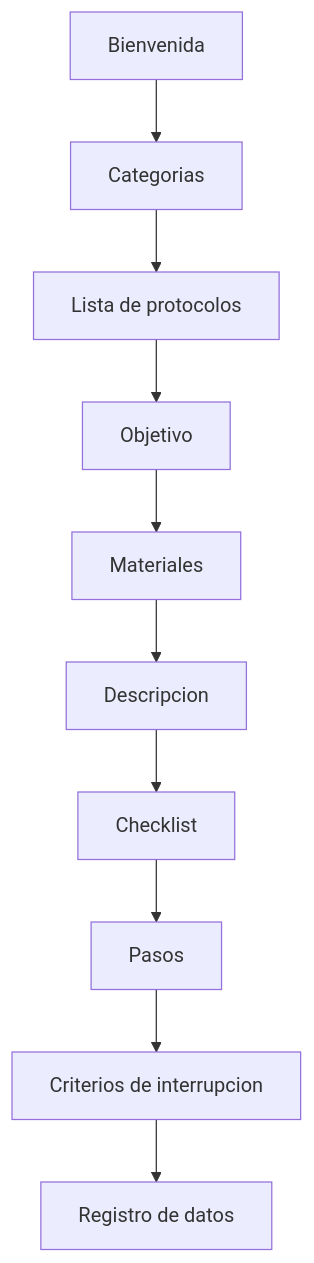
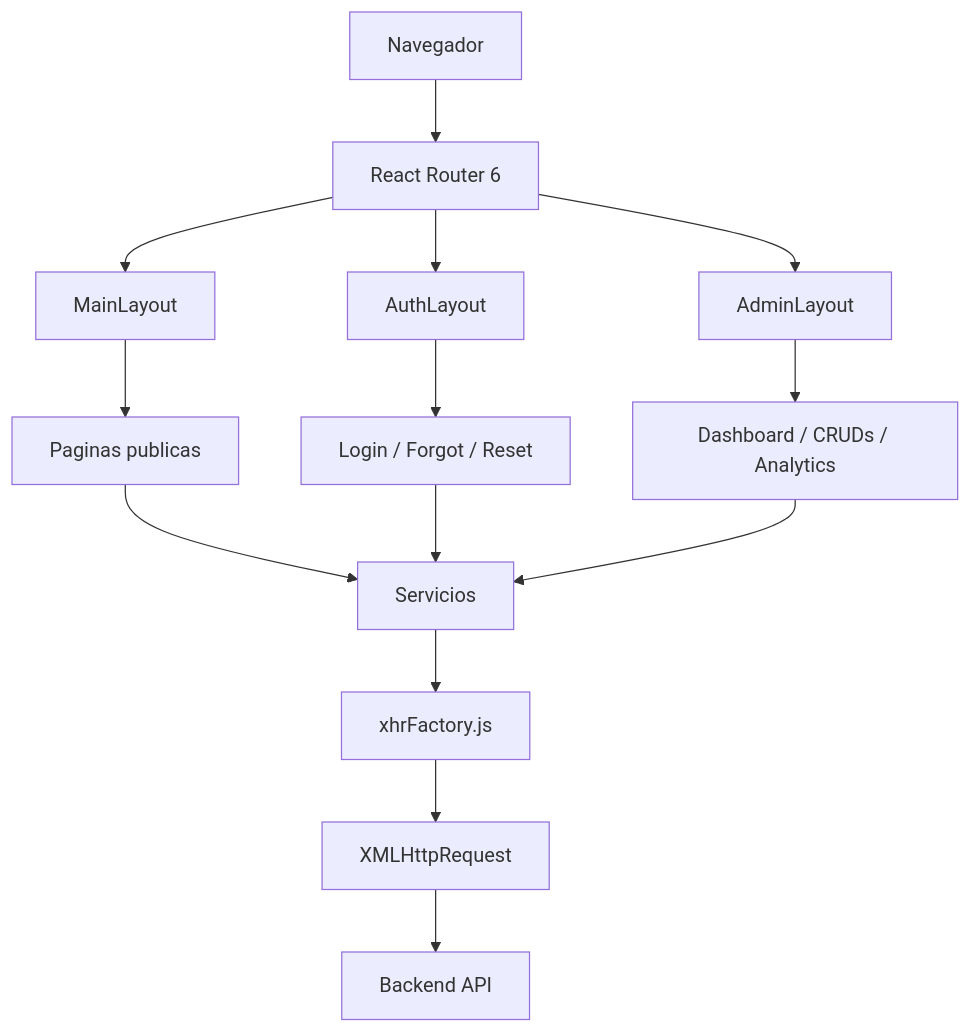
One commit to GRAN-J/sportmetric changed the third of 4 diagrams in README.md. Above: the diagram before and after it, drawn with Mermaid. The commit also changed other lines of this file and 7 other files, not shown here.

````diff
--- a/README.md
+++ b/README.md
@@ -59,12 +230,16 @@
 ```mermaid
 flowchart TD
-    A[Bienvenida] --> B[Categorias]
-    B --> C[Lista de protocolos]
-    C --> D[Objetivo]
-    D --> E[Materiales]
-    E --> F[Descripcion]
-    F --> G[Checklist]
-    G --> H[Pasos]
-    H --> I[Criterios de interrupcion]
-    I --> J[Registro de datos]
+    Browser[Navegador] --> Router[React Router 6]
+    Router --> PublicLayout[MainLayout]
+    Router --> AuthLayout[AuthLayout]
+    Router --> AdminLayout[AdminLayout]
+    PublicLayout --> PublicPages[Paginas publicas]
+    AuthLayout --> AuthPages[Login / Forgot / Reset]
+    AdminLayout --> AdminPages[Dashboard / CRUDs / Analytics]
+    PublicPages --> Services[Servicios]
+    AuthPages --> Services
+    AdminPages --> Services
+    Services --> XhrFactory[xhrFactory.js]
+    XhrFactory --> XHR[XMLHttpRequest]
+    XHR --> Backend[Backend API]
 ```
````
